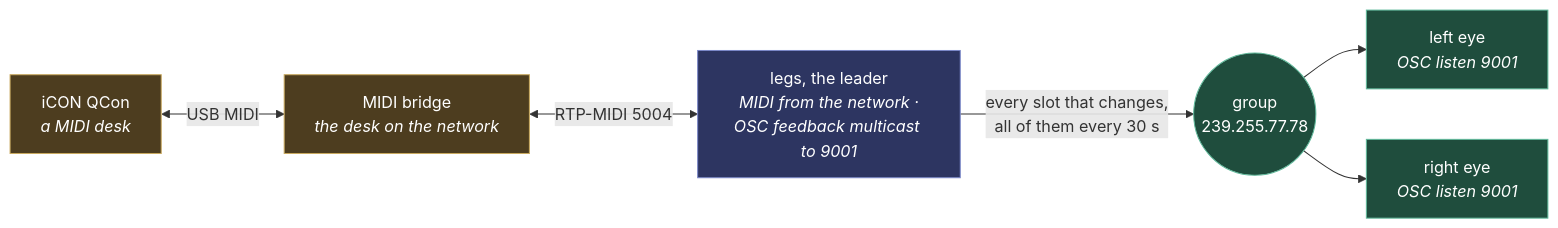
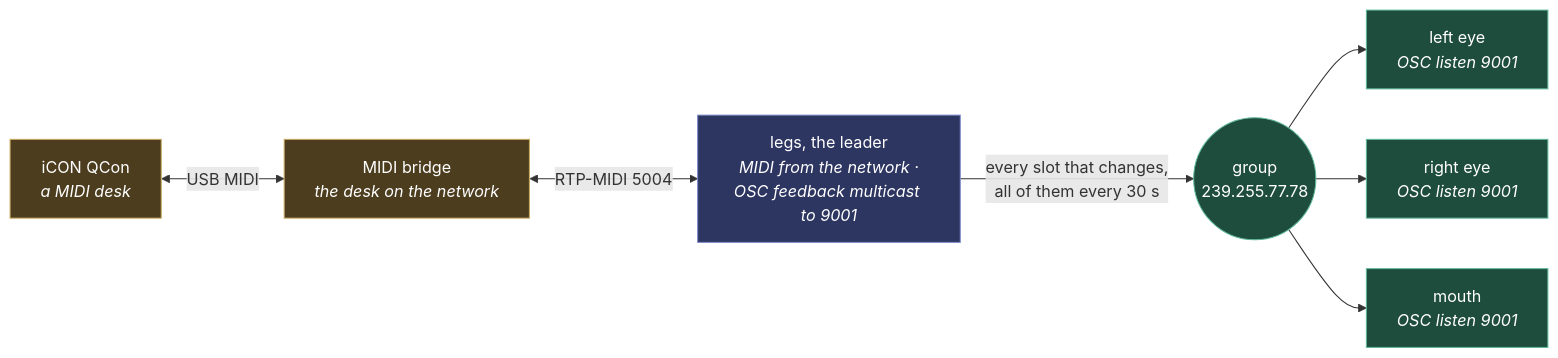
One commit to MoonModules/MoonLight changed the diagram in docs/how-to/multi-board-installation.md. Above: the diagram before and after it, drawn with Mermaid. The commit also changed other lines of this file and 76 other files, not shown here.

````diff
--- a/docs/how-to/multi-board-installation.md
+++ b/docs/how-to/multi-board-installation.md
@@ -158,21 +186,22 @@
 ```mermaid
 flowchart LR
     desk["iCON QCon<br/><i>a MIDI desk</i>"]
     bridge["MIDI bridge<br/><i>the desk on the network</i>"]
     leader["legs, the leader<br/><i>MIDI from the network ·<br/>OSC feedback multicast to 9001</i>"]
     group(("group<br/>239.255.77.78"))
     eyeL["left eye<br/><i>OSC listen 9001</i>"]
     eyeR["right eye<br/><i>OSC listen 9001</i>"]
+    mouth["mouth<br/><i>OSC listen 9001</i>"]
 
     desk <-->|"USB MIDI"| bridge
     bridge <-->|"RTP-MIDI 5004"| leader
     leader -->|"every slot that changes,<br/>all of them every 30 s"| group
-    group --> eyeL & eyeR
+    group --> eyeL & eyeR & mouth
 
     classDef lead fill:#2d3561,stroke:#7b88c9,color:#fff
     classDef follow fill:#1f4d3d,stroke:#5fb89a,color:#fff
     classDef side fill:#4d3d1f,stroke:#c9a95f,color:#fff
     class leader lead
-    class eyeL,eyeR,group follow
+    class eyeL,eyeR,mouth,group follow
     class desk,bridge side
 ```
````
